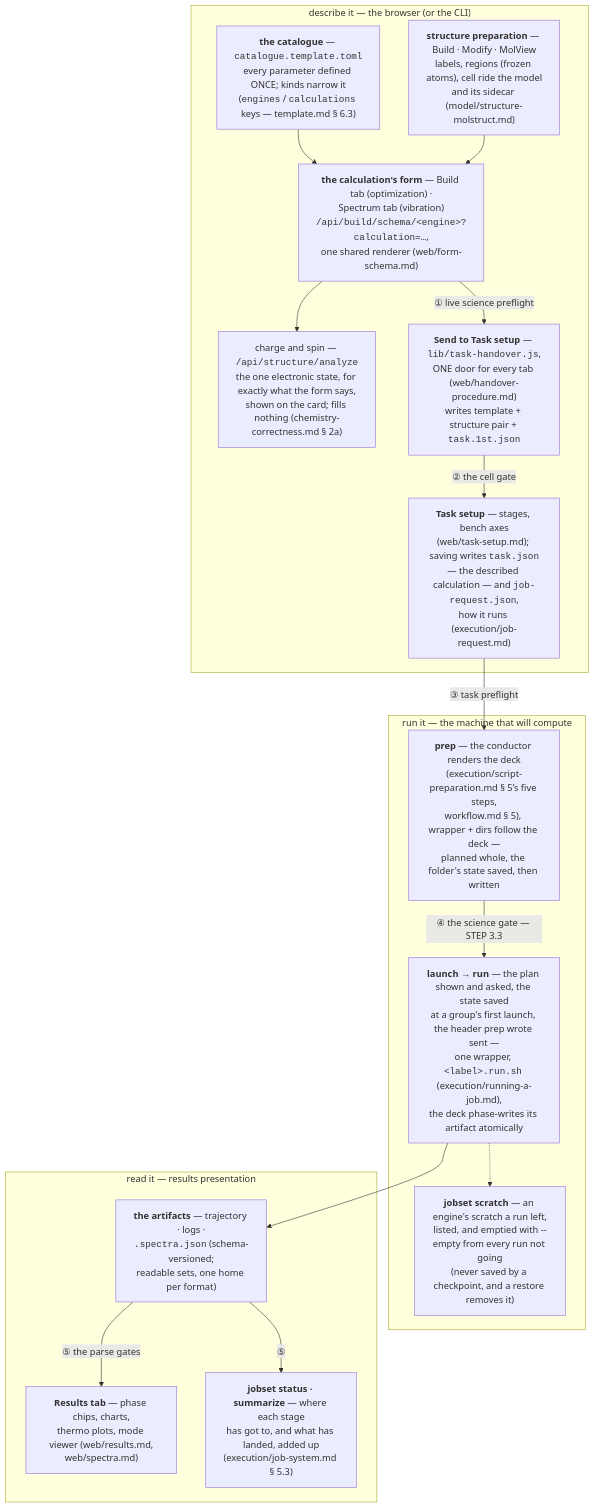
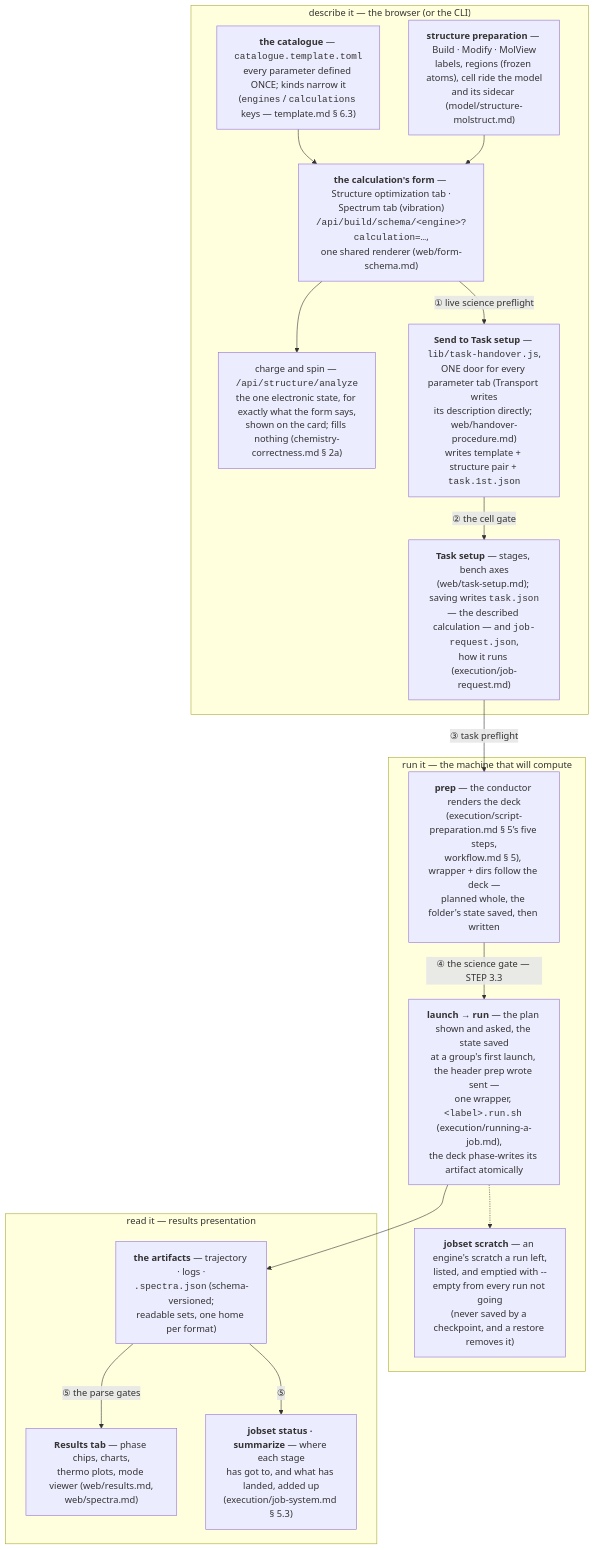
The fourth of 4 diagrams in docs/workflow.md (Qing-LAB/molbuilder), drawn with Mermaid before and after one commit. The commit also changed other lines of this file and 47 other files, not shown here.

````diff
--- a/docs/workflow.md
+++ b/docs/workflow.md
@@ -516,33 +504,33 @@
 ```mermaid
 flowchart TB
     subgraph DESCRIBE["describe it — the browser (or the CLI)"]
         CAT["<b>the catalogue</b> — <code>catalogue.template.toml</code><br/>every parameter defined ONCE; kinds narrow it<br/>(<code>engines</code> / <code>calculations</code> keys — template.md § 6.3)"]
         STRUCT["<b>structure preparation</b> — Build · Modify · MolView<br/>labels, regions (frozen atoms), cell ride the model<br/>and its sidecar (model/structure-molstruct.md)"]
-        FORM["<b>the calculation's form</b> — Build tab (optimization) ·<br/>Spectrum tab (vibration)<br/><code>/api/build/schema/&lt;engine&gt;?calculation=…</code>,<br/>one shared renderer (web/form-schema.md)"]
+        FORM["<b>the calculation's form</b> — Structure optimization tab ·<br/>Spectrum tab (vibration)<br/><code>/api/build/schema/&lt;engine&gt;?calculation=…</code>,<br/>one shared renderer (web/form-schema.md)"]
         DETECT["charge and spin — <code>/api/structure/analyze</code><br/>the one electronic state, for exactly what the form says,<br/>shown on the card; fills nothing (chemistry-correctness.md § 2a)"]
-        SEND["<b>Send to Task setup</b> — <code>lib/task-handover.js</code>,<br/>ONE door for every tab (web/handover-procedure.md)<br/>writes template + structure pair + <code>task.1st.json</code>"]
+        SEND["<b>Send to Task setup</b> — <code>lib/task-handover.js</code>,<br/>ONE door for every parameter tab (Transport writes<br/>its description directly; web/handover-procedure.md)<br/>writes template + structure pair + <code>task.1st.json</code>"]
         TS["<b>Task setup</b> — stages, bench axes<br/>(web/task-setup.md); saving writes <code>task.json</code><br/>— the described calculation — and <code>job-request.json</code>,<br/>how it runs (execution/job-request.md)"]
     end
     subgraph MACHINE["run it — the machine that will compute"]
         PREP["<b>prep</b> — the conductor renders the deck<br/>(execution/script-preparation.md § 5’s five steps,<br/>workflow.md § 5), wrapper + dirs follow the deck —<br/>planned whole, the folder's state saved, then written"]
         RUN["<b>launch → run</b> — the plan shown and asked, the state saved<br/>at a group's first launch, the header prep wrote sent —<br/>one wrapper, <code>&lt;label&gt;.run.sh</code> (execution/running-a-job.md),<br/>the deck phase-writes its artifact atomically"]
         SCR["<b>jobset scratch</b> — an engine's scratch a run left,<br/>listed, and emptied with --empty from every run not going<br/>(never saved by a checkpoint, and a restore removes it)"]
     end
     subgraph READ["read it — results presentation"]
         ART["<b>the artifacts</b> — trajectory · logs ·<br/><code>.spectra.json</code> (schema-versioned;<br/>readable sets, one home per format)"]
         RES["<b>Results tab</b> — phase chips, charts,<br/>thermo plots, mode viewer (web/results.md,<br/>web/spectra.md)"]
         OBS["<b>jobset status · summarize</b> — where each stage<br/>has got to, and what has landed, added up<br/>(execution/job-system.md § 5.3)"]
     end
 
     CAT --> FORM
     STRUCT --> FORM
     FORM --> DETECT
     FORM -->|"① live science preflight"| SEND
     SEND -->|"② the cell gate"| TS
     TS -->|"③ task preflight"| PREP
     PREP -->|"④ the science gate — STEP 3.3"| RUN
     RUN --> ART
     RUN -.-> SCR
     ART -->|"⑤ the parse gates"| RES
     ART -->|"⑤"| OBS
 ```
````
